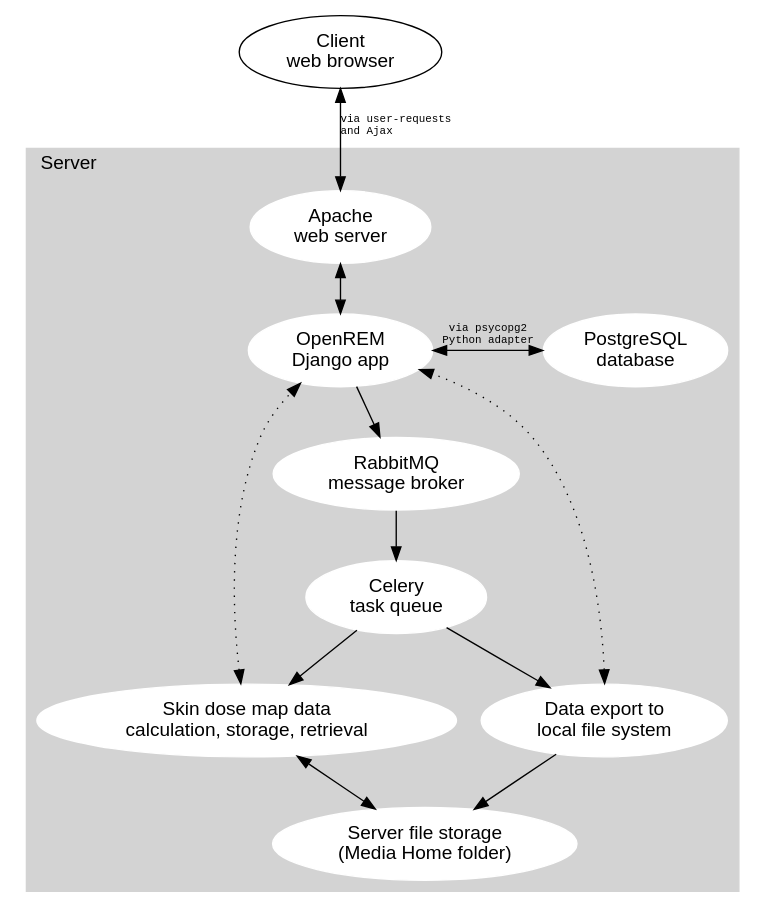
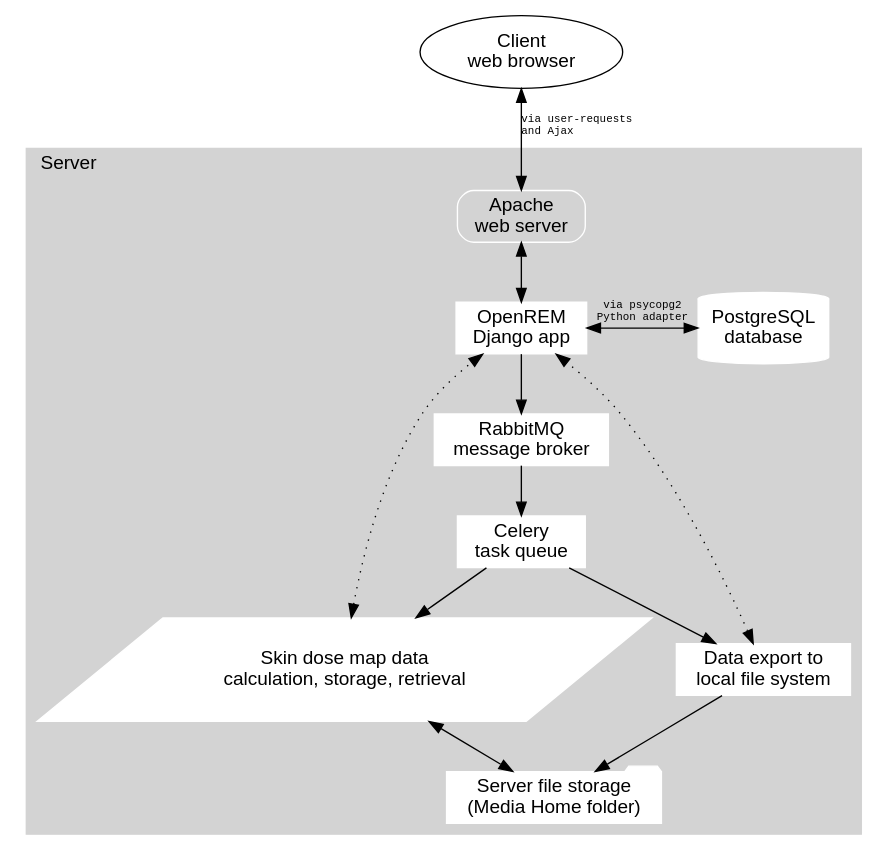
The first of 2 diagrams in docs/testgraphviz.rst (ckswilliams/modOpenREM), drawn with Graphviz before and after one commit. The commit also changed other lines of this file, not shown here.

```diff
--- a/docs/testgraphviz.rst
+++ b/docs/testgraphviz.rst
@@ -7,45 +7,45 @@
 .. graphviz::
 
    digraph {
 
       // Define the things on the server
       subgraph cluster_server {
          label="Server";
          tooltip="The server";
          labeljust=l;
          fontname="Helvetica";
          style=filled;
          color=lightgrey;
-         node [style=filled, color=white];
+         node [style=filled color=white];
 
          // Define the nodes
-         webserver [label="Apache\nweb server", fontname="Helvetica", tooltip="Serve web pages to the user"];
-         python_django [label="OpenREM\nDjango app", fontname="Helvetica", tooltip="Python web framework"];
-         database [label="PostgreSQL\ndatabase", fontname="Helvetica", tooltip="Relational database management system"];
-         rabbitmq [label="RabbitMQ\nmessage broker", fontname="Helvetica", tooltip="Message broker"];
-         celery [label="Celery\ntask queue", fontname="Helvetica", tooltip="Asynchronous task queue"];
-         skin_dose_map_data [label="Skin dose map data\ncalculation, storage, retrieval", fontname="Helvetica", tooltip="Calculate, store and retrieve skin dose map data"];
-         server_media_folder [label="Server file storage\n(Media Home folder)", fontname="Helvetica", tooltip="File storage on the server"];
-         data_export [label="Data export to\nlocal file system", fontname="Helvetica", tooltip="Files are made available to the user via a web page URL"];
+         webserver [label="Apache\nweb server" fontname="Helvetica" tooltip="Serve web pages to the user" shape="box" style="rounded"];
+         python_django [label="OpenREM\nDjango app" fontname="Helvetica" tooltip="Python web framework" shape="box"];
+         database [label="PostgreSQL\ndatabase" fontname="Helvetica" tooltip="Relational database management system" shape="cylinder"];
+         rabbitmq [label="RabbitMQ\nmessage broker" fontname="Helvetica" tooltip="Message broker" shape="box"];
+         celery [label="Celery\ntask queue" fontname="Helvetica" tooltip="Asynchronous task queue" shape="polygon sides=6"];
+         skin_dose_map_data [label="Skin dose map data\ncalculation, storage, retrieval" fontname="Helvetica" tooltip="Calculate, store and retrieve skin dose map data" shape="parallelogram"];
+         server_media_folder [label="Server file storage\n(Media Home folder)" fontname="Helvetica" tooltip="File storage on the server" shape="folder"];
+         data_export [label="Data export to\nlocal file system" fontname="Helvetica" tooltip="Files are made available to the user via a web page URL" shape="box"];
 
          // Define the links between the nodes
          webserver -> python_django [dir=both];
-         python_django -> database [dir=both, label="via psycopg2\nPython adapter", fontsize=8, fontname="Courier"];
+         python_django -> database [dir=both label="via psycopg2\nPython adapter" fontsize=8 fontname="Courier"];
          python_django -> rabbitmq;
          rabbitmq -> celery;
          celery -> skin_dose_map_data;
          celery -> data_export;
          skin_dose_map_data -> server_media_folder [dir=both];
          skin_dose_map_data -> python_django [style=dotted dir=both];
          data_export -> server_media_folder;
          data_export -> python_django [style=dotted dir=both];
 
          // Force python_django and the database to be on the same level
          {rank=same; python_django database}
          {rank=same; skin_dose_map_data data_export}
       }
 
       // Define the web browser
-      web_browser [label="Client\nweb browser", fontname="Helvetica", tooltip="The user's web browser"];
-      web_browser -> webserver [dir=both, label="via user-requests\land Ajax\l", fontsize=8, fontname="Courier", tooltip="Ajax used to retrieve chart data"];
+      web_browser [label="Client\nweb browser" fontname="Helvetica" tooltip="The user's web browser"];
+      web_browser -> webserver [dir=both label="via user-requests\land Ajax\l" fontsize=8 fontname="Courier" tooltip="Ajax used to retrieve chart data"];
    }
```
